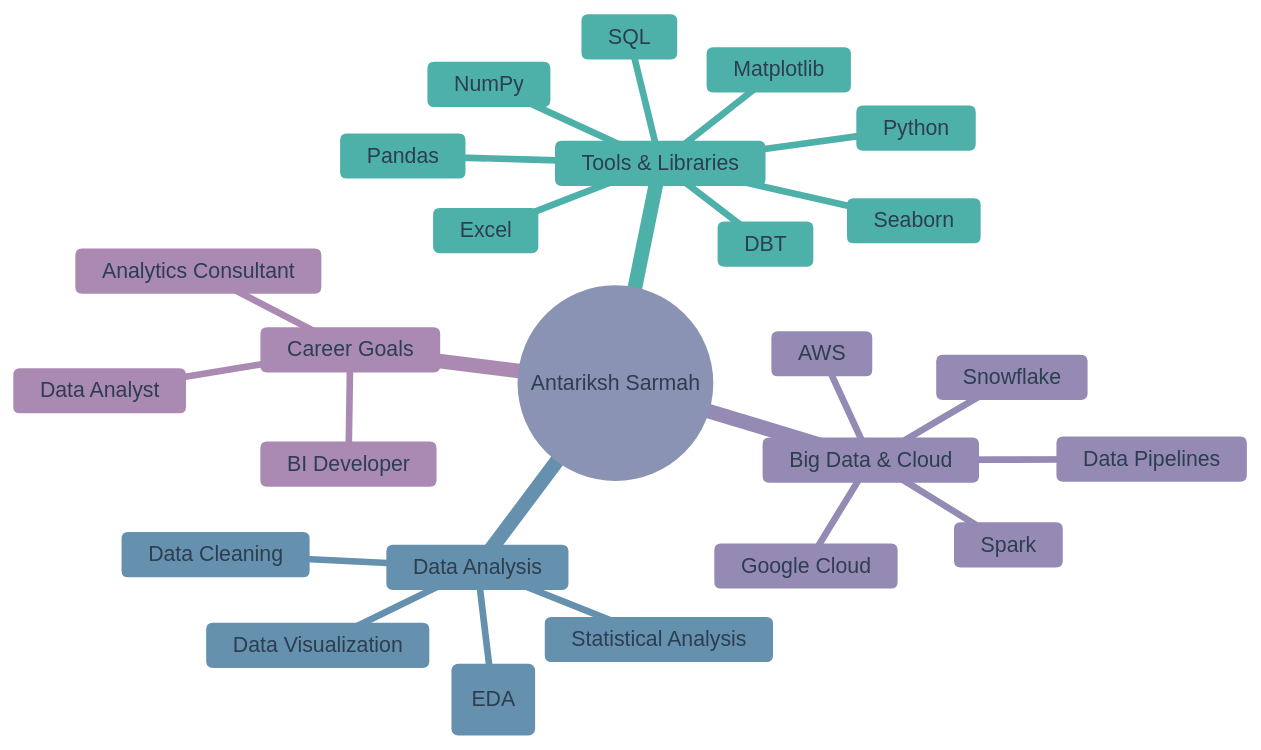
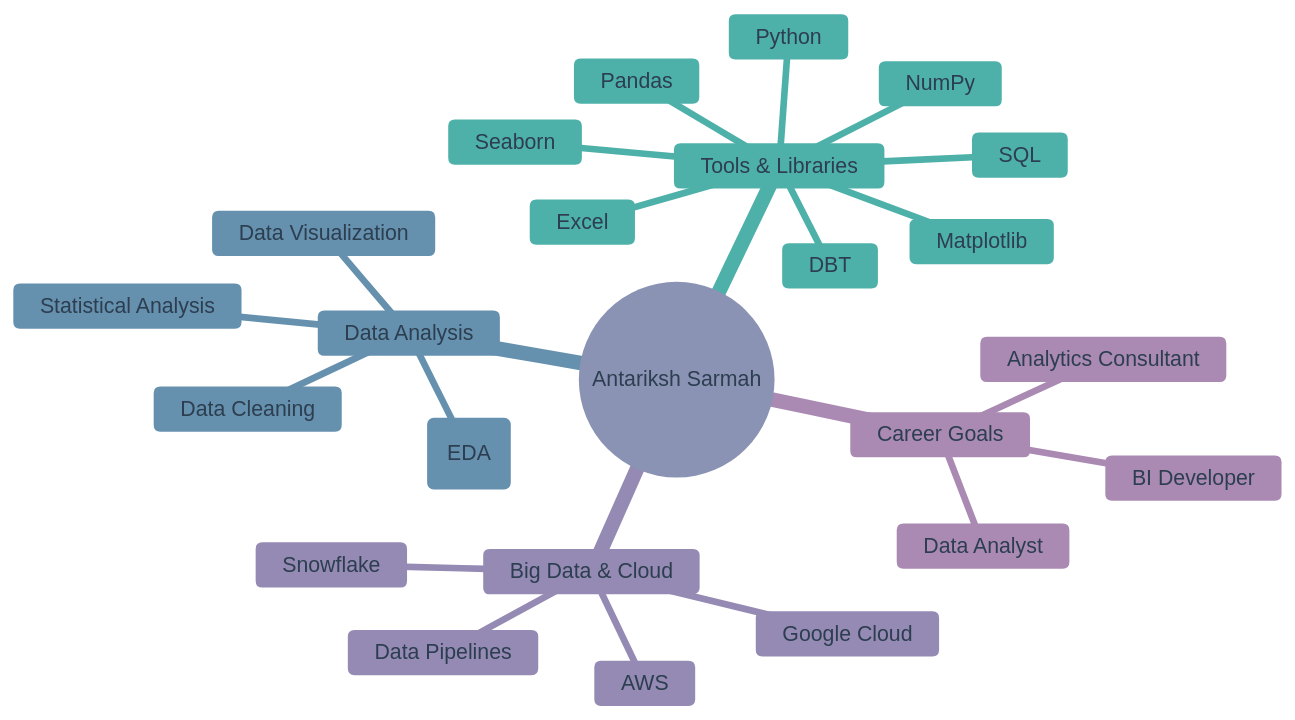
The diagram in README.md (AntSpace14/AntSpace14), drawn with Mermaid before and after one commit. The commit also changed other lines of this file, not shown here.

````diff
--- a/README.md
+++ b/README.md
@@ -122,43 +122,42 @@
 ```mermaid
 mindmap
   root((Antariksh Sarmah))
     Data Analysis
       Exploratory Data Analysis (EDA)
       Statistical Analysis
       Data Cleaning
       Data Visualization
     Tools & Libraries
       Python
       Pandas
       NumPy
       Matplotlib
       Seaborn
       SQL
       DBT
       Excel
     Big Data & Cloud
-      Spark
       AWS
       Snowflake
       Google Cloud
       Data Pipelines
     Career Goals
       Data Analyst
       BI Developer
       Analytics Consultant
 
 %%{init: {'theme':'base', 'themeVariables': { 
   'primaryColor': '#D7DAE5',
   'primaryTextColor': '#2C3E50',
   'primaryBorderColor': '#8EAF9D',
   'lineColor': '#A6D8D4',
   'secondaryColor': '#B9CDDA',
   'secondaryTextColor': '#2C3E50',
   'secondaryBorderColor': '#8EAF9D',
   'tertiaryColor': '#A6D8D4',
   'tertiaryTextColor': '#2C3E50',
   'tertiaryBorderColor': '#8EAF9D',
   'nodeBorder': '#8EAF9D',
   'nodeTextColor': '#2C3E50'
 }}}%%
 ```
````
